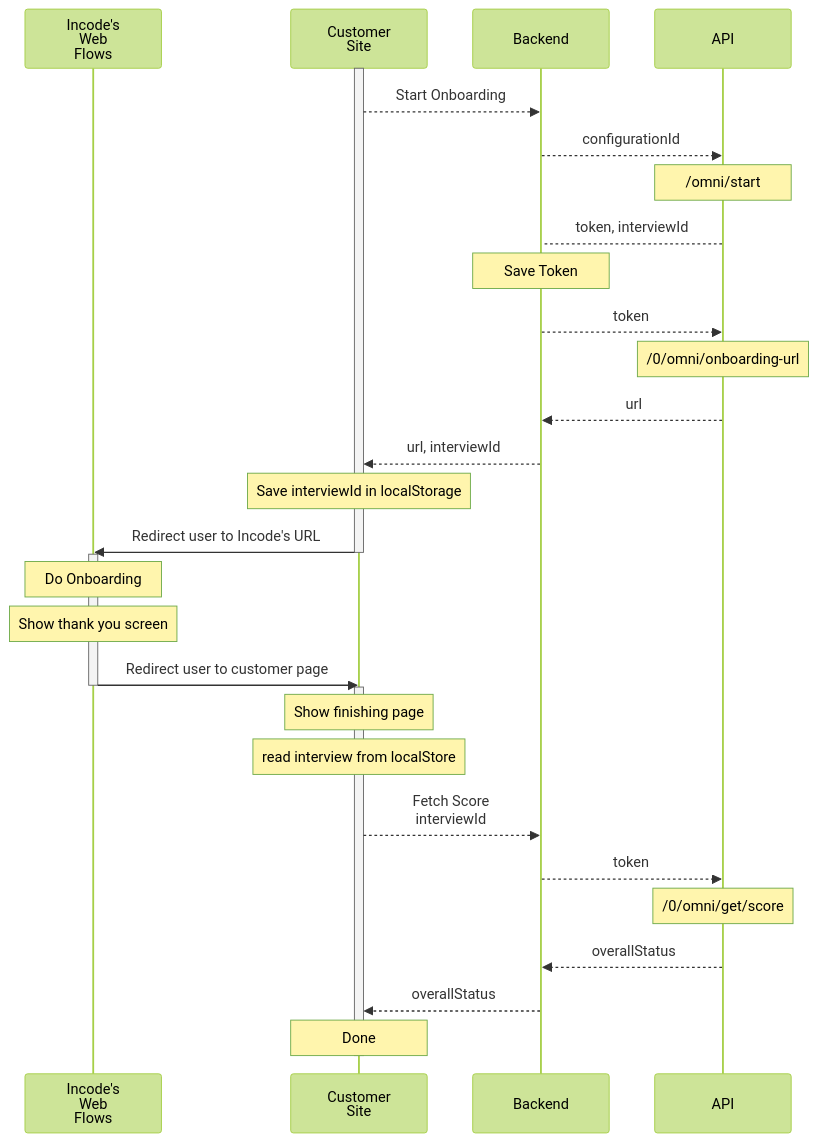
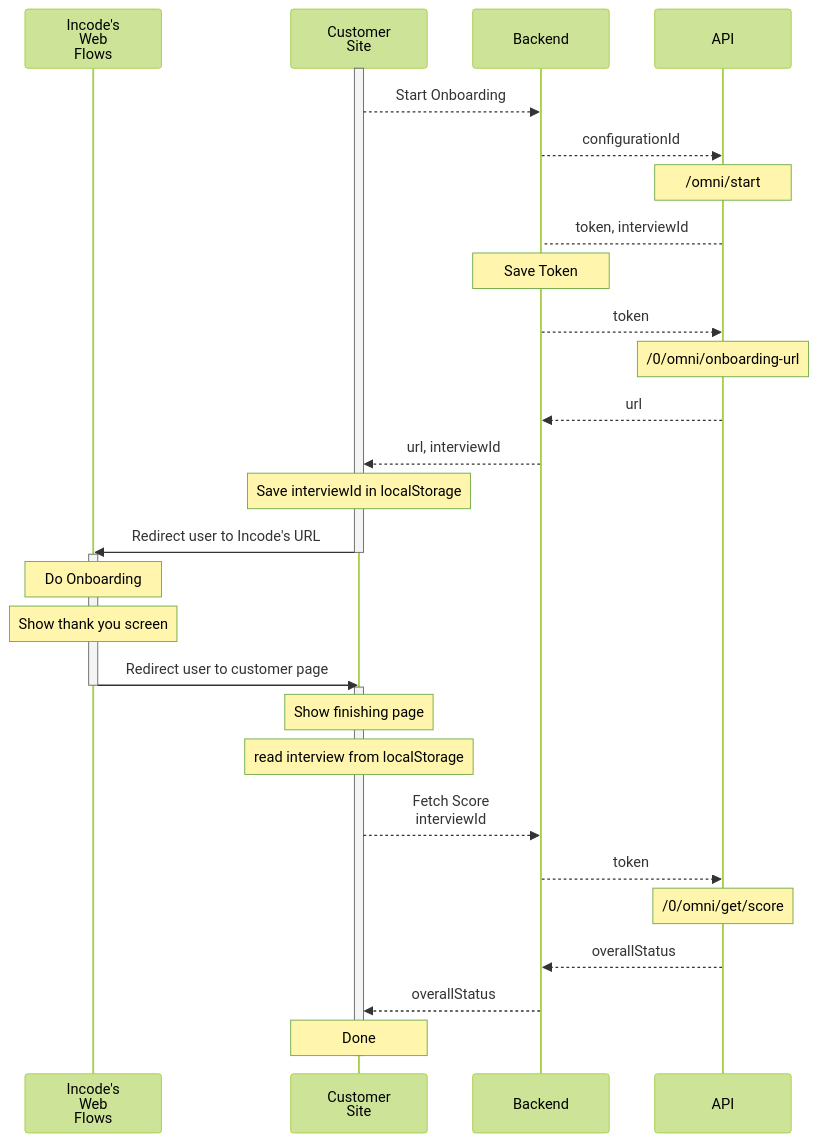
One commit to Incode-Technologies-Example-Repos/onboarding-lowcode-redirect changed the diagram in README.md. Above: the diagram before and after it, drawn with Mermaid (forest theme).

````diff
--- a/README.md
+++ b/README.md
@@ -9,38 +9,38 @@
 ```mermaid
 sequenceDiagram
     participant i as Incode's<br>Web<br>Flows
     participant m as Customer<br>Site
     participant b as Backend
     participant a as API
 
     activate m
     m-->>b: Start Onboarding
     b-->>a: configurationId
     note over a: /omni/start
     a-->b: token, interviewId
     note over b: Save Token
     b-->>a: token
     note over a: /0/omni/onboarding-url
     a-->>b: url
     b-->>m: url, interviewId
     note over m: Save interviewId in localStorage
     m->>i: Redirect user to Incode's URL
     deactivate m
     
     activate i
     note over i: Do Onboarding
     note over i: Show thank you screen
     i->>m: Redirect user to customer page
     deactivate i
     
     activate m
     note over m: Show finishing page
-    note over m: read interview from localStore
+    note over m: read interview from localStorage
     m-->>b: Fetch Score<br>interviewId
     b-->>a: token
     note over a: /0/omni/get/score
     a-->>b: overallStatus
     b-->>m: overallStatus
     note over m: Done
     deactivate m
 ```
````
